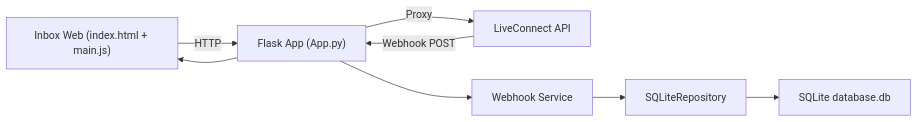
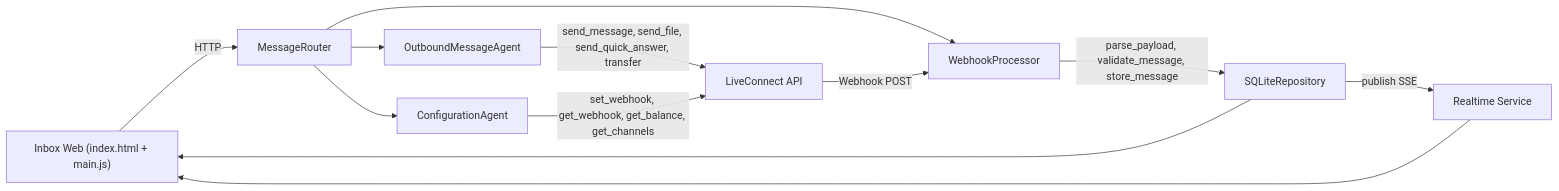
One commit to buildwithbran/Pruebas-LiveConnect-Proxy changed the first of 2 diagrams in DEEP_WIKI.md. Above: the diagram before and after it, drawn with Mermaid. The commit also changed other lines of this file and 1 other file, not shown here.

````diff
--- a/DEEP_WIKI.md
+++ b/DEEP_WIKI.md
@@ -132,10 +187,14 @@
 ```mermaid
 flowchart LR
-  UI["Inbox Web (index.html + main.js)"] -->|HTTP| Flask["Flask App (App.py)"]
-  Flask -->|Proxy| LC["LiveConnect API"]
-  LC -->|Webhook POST| Flask
-  Flask --> Service["Webhook Service"]
-  Service --> Repo["SQLiteRepository"]
-  Repo --> SQLite["SQLite database.db"]
-  Flask --> UI
+  UI["Inbox Web (index.html + main.js)"] -->|HTTP| MR["MessageRouter"]
+  MR --> WP["WebhookProcessor"]
+  MR --> OMA["OutboundMessageAgent"]
+  MR --> CA["ConfigurationAgent"]
+  WP -->|parse_payload, validate_message, store_message| Repo["SQLiteRepository"]
+  OMA -->|send_message, send_file, send_quick_answer, transfer| LC["LiveConnect API"]
+  CA -->|set_webhook, get_webhook, get_balance, get_channels| LC
+  LC -->|Webhook POST| WP
+  Repo -->|publish SSE| RT["Realtime Service"]
+  RT --> UI
+  Repo --> UI
 ```
````
